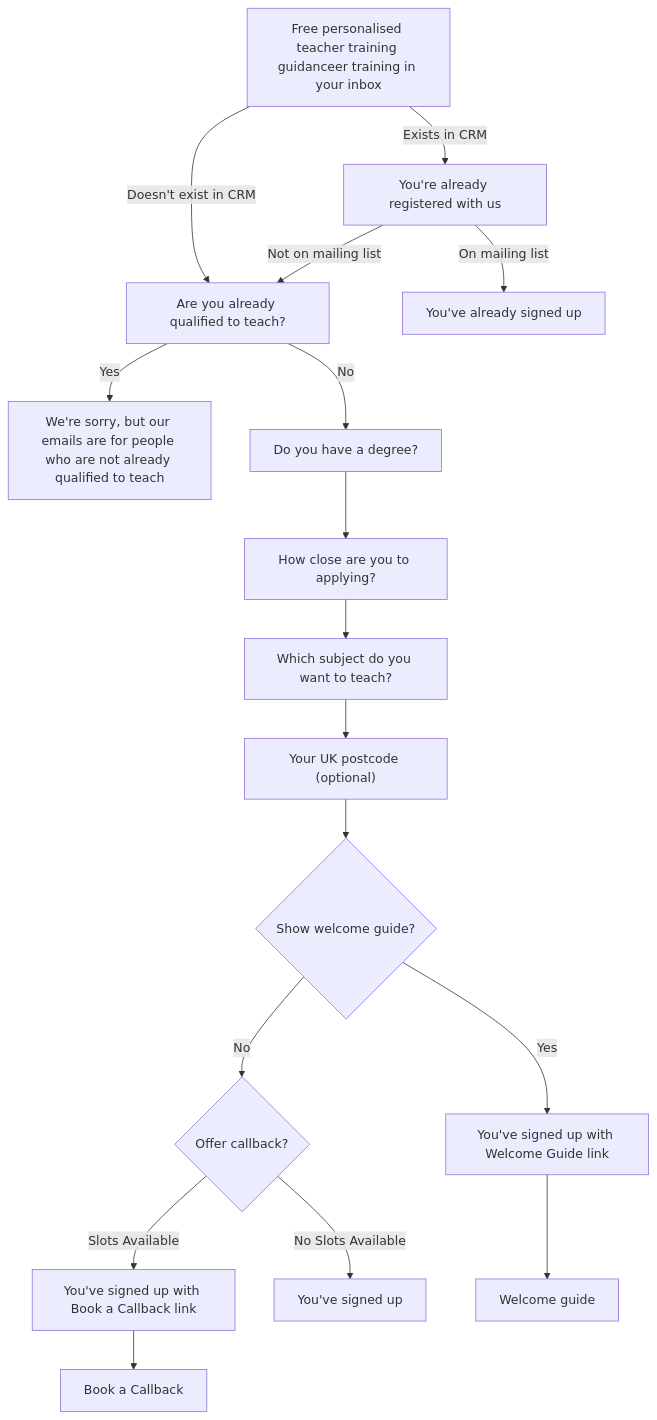
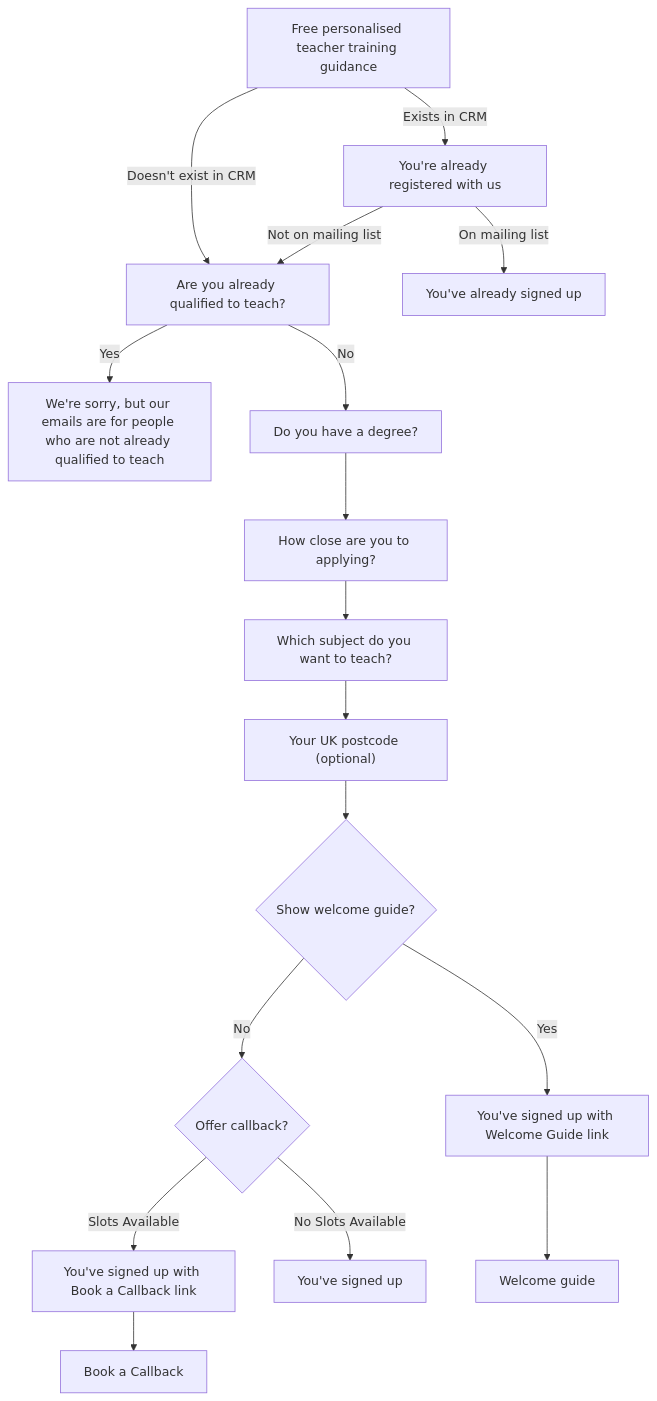
The first of 3 diagrams in docs/sign-up-journeys.md (DFE-Digital/get-into-teaching-app), drawn with Mermaid before and after one commit. The commit also changed 1 other file, not shown here.

Commit message:
Apply suggestions from code review

````diff
--- a/docs/sign-up-journeys.md
+++ b/docs/sign-up-journeys.md
@@ -7,28 +7,28 @@
 ```mermaid
 graph TD;
-  name[Free personalised teacher training guidanceer training in your inbox] -- Doesn't exist in CRM --> returning_teacher[Are you already qualified to teach?]
+  name[Free personalised teacher training guidance] -- Doesn't exist in CRM --> returning_teacher[Are you already qualified to teach?]
   name -- Exists in CRM --> authenticate[You're already registered with us]
   
   returning_teacher -- Yes --> already_qualified[We're sorry, but our emails are for people who are not already qualified to teach]
   returning_teacher -- No --> degree_status[Do you have a degree?]
 
   authenticate -- Not on mailing list --> returning_teacher
   authenticate -- On mailing list --> signed_up_already[You've already signed up]
   degree_status --> teacher_training[How close are you to applying?]
   
   teacher_training --> subject[Which subject do you want to teach?]
 
   subject --> postcode["Your UK postcode (optional)"]
   
   postcode --> show_welcome_guide{Show welcome guide?}
   
   show_welcome_guide -- Yes --> completed_with_welcome_guide[You've signed up with Welcome Guide link]
   show_welcome_guide -- No --> offer_callback{Offer callback?}
   
   offer_callback -- Slots Available --> completed_with_callback["You've signed up with Book a Callback link"]
   offer_callback -- No Slots Available --> completed[You've signed up] 
 
   completed_with_welcome_guide --> welcome_guide[Welcome guide]
 
   completed_with_callback --> book_a_callback[Book a Callback]
 ```
````
